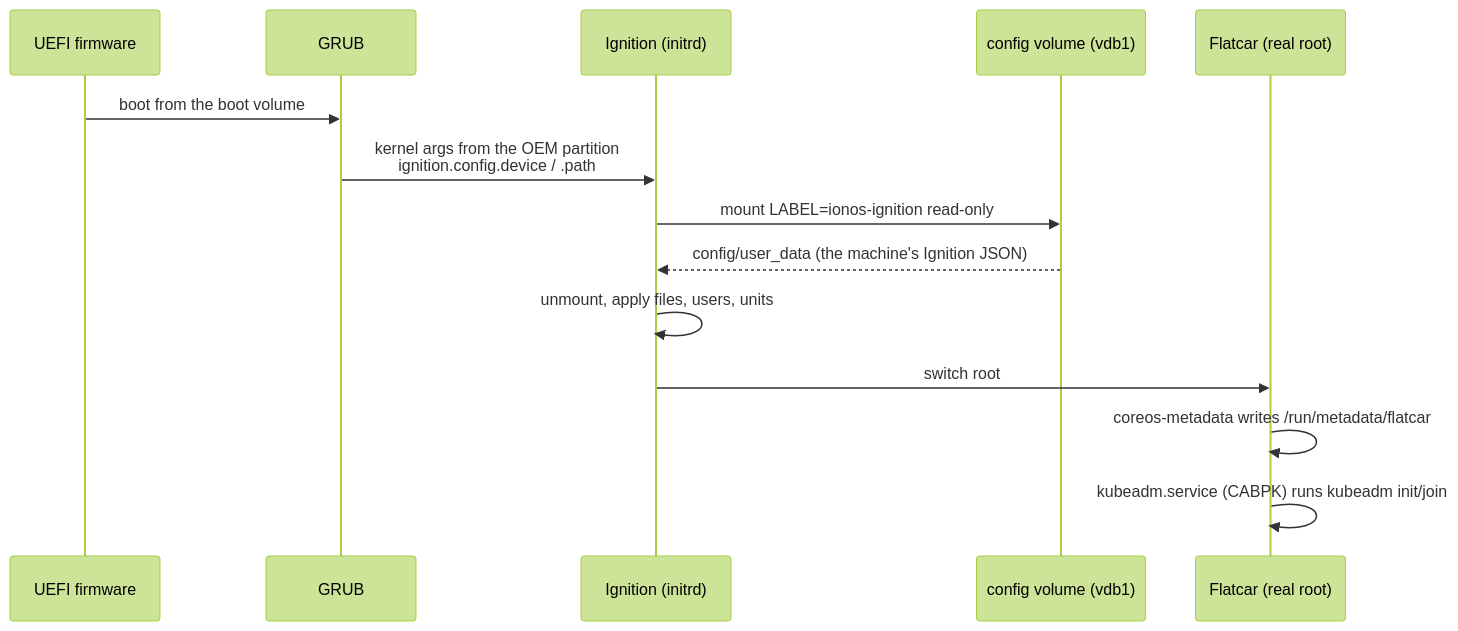
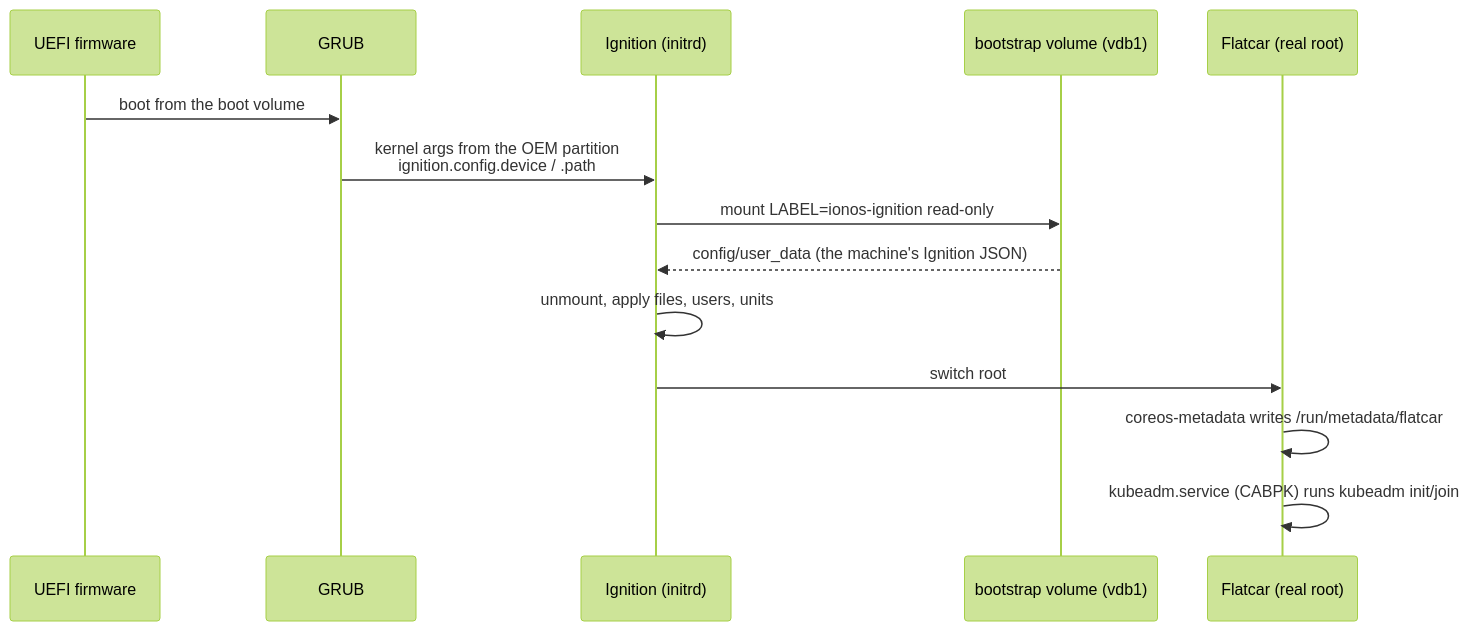
Before and after one commit to ionos-cloud/cluster-api-provider-ionoscloud: the second of 3 diagrams in docs/flatcar-ignition-design.md, drawn with Mermaid (forest theme). The commit also changed other lines of this file and 1 other file, not shown here.

Commit message:
docs: use "bootstrap volume" consistently, drop internal links, fix outdated statements

````diff
--- a/docs/flatcar-ignition-design.md
+++ b/docs/flatcar-ignition-design.md
@@ -91,16 +91,16 @@
 ```mermaid
 sequenceDiagram
     participant FW as UEFI firmware
     participant GRUB
     participant IGN as Ignition (initrd)
-    participant CV as config volume (vdb1)
+    participant CV as bootstrap volume (vdb1)
     participant OS as Flatcar (real root)
     FW->>GRUB: boot from the boot volume
     GRUB->>IGN: kernel args from the OEM partition<br/>ignition.config.device / .path
     IGN->>CV: mount LABEL=ionos-ignition read-only
     CV-->>IGN: config/user_data (the machine's Ignition JSON)
     IGN->>IGN: unmount, apply files, users, units
     IGN->>OS: switch root
     OS->>OS: coreos-metadata writes /run/metadata/flatcar
     OS->>OS: kubeadm.service (CABPK) runs kubeadm init/join
 ```
````
